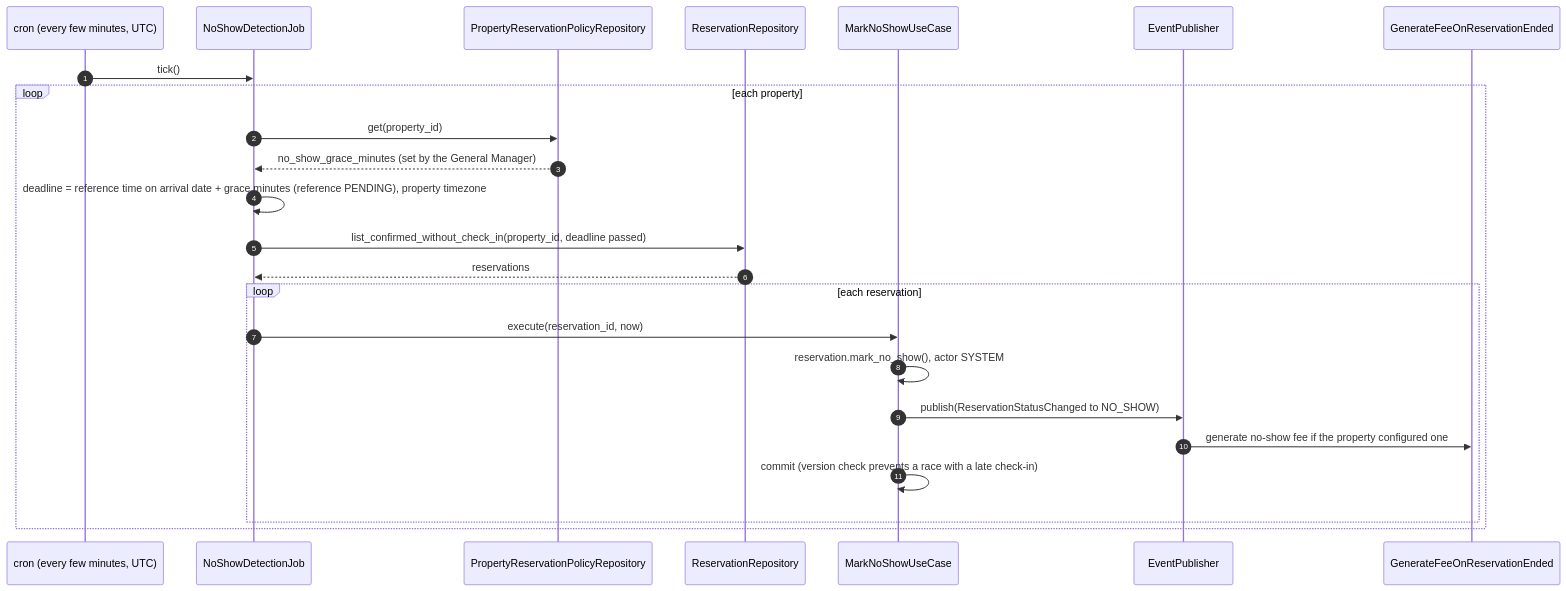
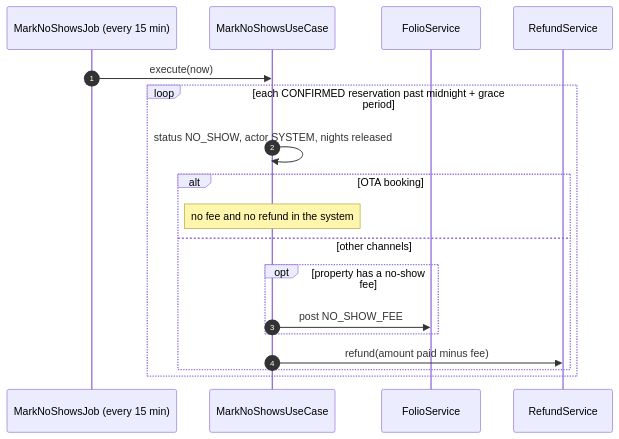
One commit to BraceroInSabot/Motel-Starmie changed the fifth of 5 diagrams in docs/Initial Requirements/Diagrams/US-11 - Reservation Lifecycle Management.md. Above: the diagram before and after it, drawn with Mermaid. The commit also changed other lines of this file and 51 other files, not shown here.

````diff
--- a/docs/Initial Requirements/Diagrams/US-11 - Reservation Lifecycle Management.md
+++ b/docs/Initial Requirements/Diagrams/US-11 - Reservation Lifecycle Management.md
@@ -489,27 +307,21 @@
 ```mermaid
 sequenceDiagram
     autonumber
-    participant Cron as cron (every few minutes, UTC)
-    participant Job as NoShowDetectionJob
-    participant Pol as PropertyReservationPolicyRepository
-    participant Repo as ReservationRepository
-    participant UC as MarkNoShowUseCase
-    participant Bus as EventPublisher
-    participant Fee as GenerateFeeOnReservationEnded
+    participant Cron as MarkNoShowsJob (every 15 min)
+    participant UC as MarkNoShowsUseCase
+    participant Folio as FolioService
+    participant Refund as RefundService
 
-    Cron->>Job: tick()
-    loop each property
-        Job->>Pol: get(property_id)
-        Pol-->>Job: no_show_grace_minutes (set by the General Manager)
-        Job->>Job: deadline = reference time on arrival date + grace minutes (reference PENDING), property timezone
-        Job->>Repo: list_confirmed_without_check_in(property_id, deadline passed)
-        Repo-->>Job: reservations
-        loop each reservation
-            Job->>UC: execute(reservation_id, now)
-            UC->>UC: reservation.mark_no_show(), actor SYSTEM
-            UC->>Bus: publish(ReservationStatusChanged to NO_SHOW)
-            Bus->>Fee: generate no-show fee if the property configured one
-            UC->>UC: commit (version check prevents a race with a late check-in)
+    Cron->>UC: execute(now)
+    loop each CONFIRMED reservation past midnight + grace period
+        UC->>UC: status NO_SHOW, actor SYSTEM, nights released
+        alt OTA booking
+            Note over UC: no fee and no refund in the system
+        else other channels
+            opt property has a no-show fee
+                UC->>Folio: post NO_SHOW_FEE
+            end
+            UC->>Refund: refund(amount paid minus fee)
         end
     end
 ```
````
